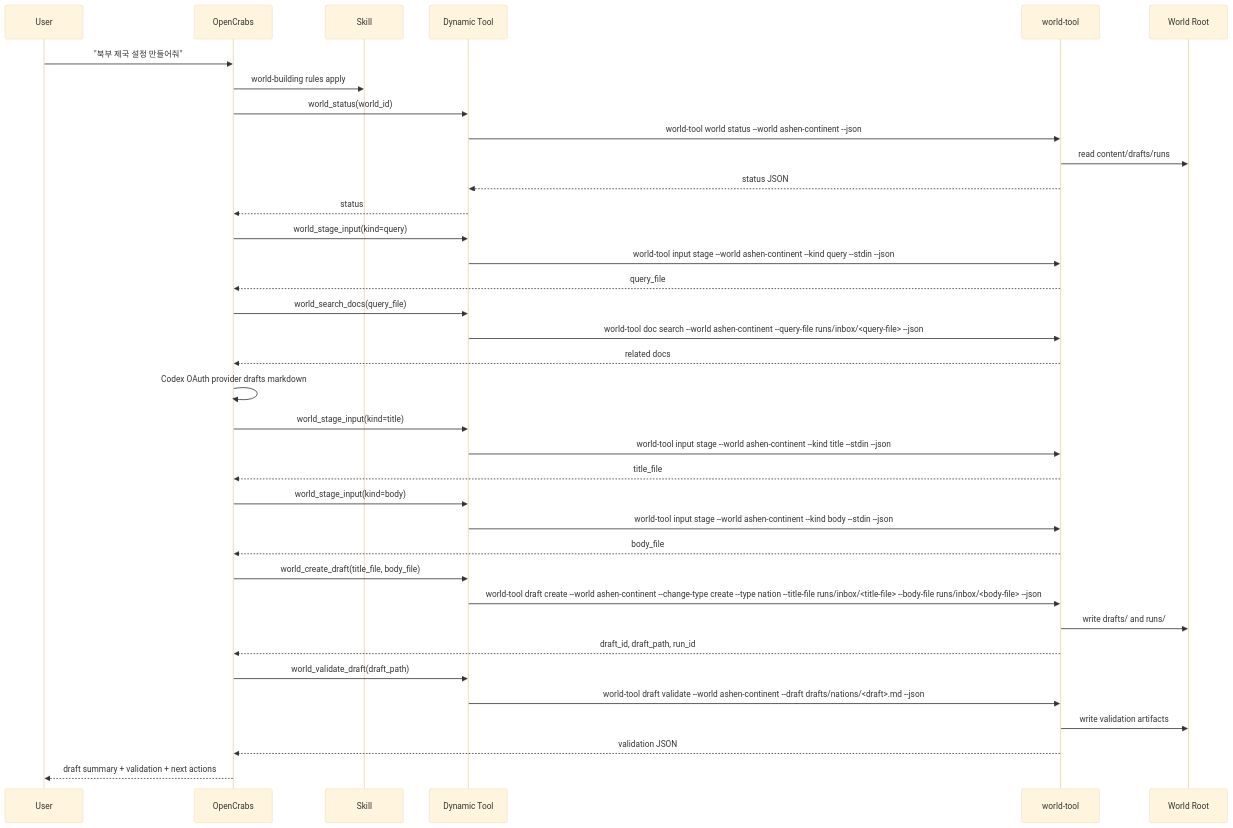
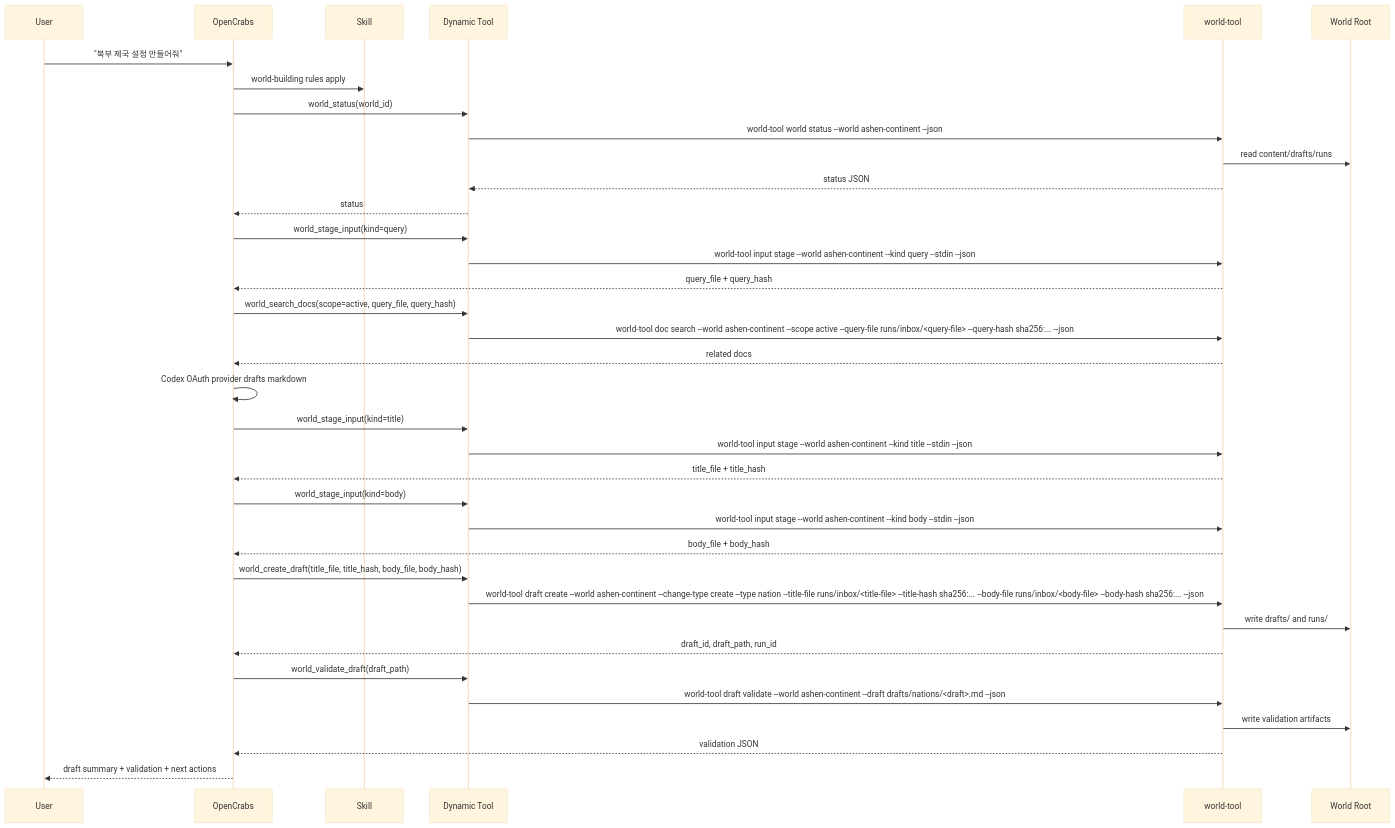
One commit to hoonzinope/world-building-harness changed the third of 5 diagrams in docs/system-design.md. Above: the diagram before and after it, drawn with Mermaid (base theme). The commit also changed other lines of this file and 12 other files, not shown here.

````diff
--- a/docs/system-design.md
+++ b/docs/system-design.md
@@ -108,39 +108,39 @@
 ```mermaid
 sequenceDiagram
     participant User
     participant OpenCrabs
     participant Skill
     participant Tool as Dynamic Tool
     participant WT as world-tool
     participant World as World Root
 
     User->>OpenCrabs: "북부 제국 설정 만들어줘"
     OpenCrabs->>Skill: world-building rules apply
     OpenCrabs->>Tool: world_status(world_id)
     Tool->>WT: world-tool world status --world ashen-continent --json
     WT->>World: read content/drafts/runs
     WT-->>Tool: status JSON
     Tool-->>OpenCrabs: status
     OpenCrabs->>Tool: world_stage_input(kind=query)
     Tool->>WT: world-tool input stage --world ashen-continent --kind query --stdin --json
-    WT-->>OpenCrabs: query_file
-    OpenCrabs->>Tool: world_search_docs(query_file)
-    Tool->>WT: world-tool doc search --world ashen-continent --query-file runs/inbox/<query-file> --json
+    WT-->>OpenCrabs: query_file + query_hash
+    OpenCrabs->>Tool: world_search_docs(scope=active, query_file, query_hash)
+    Tool->>WT: world-tool doc search --world ashen-continent --scope active --query-file runs/inbox/<query-file> --query-hash sha256:... --json
     WT-->>OpenCrabs: related docs
     OpenCrabs->>OpenCrabs: Codex OAuth provider drafts markdown
     OpenCrabs->>Tool: world_stage_input(kind=title)
     Tool->>WT: world-tool input stage --world ashen-continent --kind title --stdin --json
-    WT-->>OpenCrabs: title_file
+    WT-->>OpenCrabs: title_file + title_hash
     OpenCrabs->>Tool: world_stage_input(kind=body)
     Tool->>WT: world-tool input stage --world ashen-continent --kind body --stdin --json
-    WT-->>OpenCrabs: body_file
-    OpenCrabs->>Tool: world_create_draft(title_file, body_file)
-    Tool->>WT: world-tool draft create --world ashen-continent --change-type create --type nation --title-file runs/inbox/<title-file> --body-file runs/inbox/<body-file> --json
+    WT-->>OpenCrabs: body_file + body_hash
+    OpenCrabs->>Tool: world_create_draft(title_file, title_hash, body_file, body_hash)
+    Tool->>WT: world-tool draft create --world ashen-continent --change-type create --type nation --title-file runs/inbox/<title-file> --title-hash sha256:... --body-file runs/inbox/<body-file> --body-hash sha256:... --json
     WT->>World: write drafts/ and runs/
     WT-->>OpenCrabs: draft_id, draft_path, run_id
     OpenCrabs->>Tool: world_validate_draft(draft_path)
     Tool->>WT: world-tool draft validate --world ashen-continent --draft drafts/nations/<draft>.md --json
     WT->>World: write validation artifacts
     WT-->>OpenCrabs: validation JSON
     OpenCrabs-->>User: draft summary + validation + next actions
 ```
````
